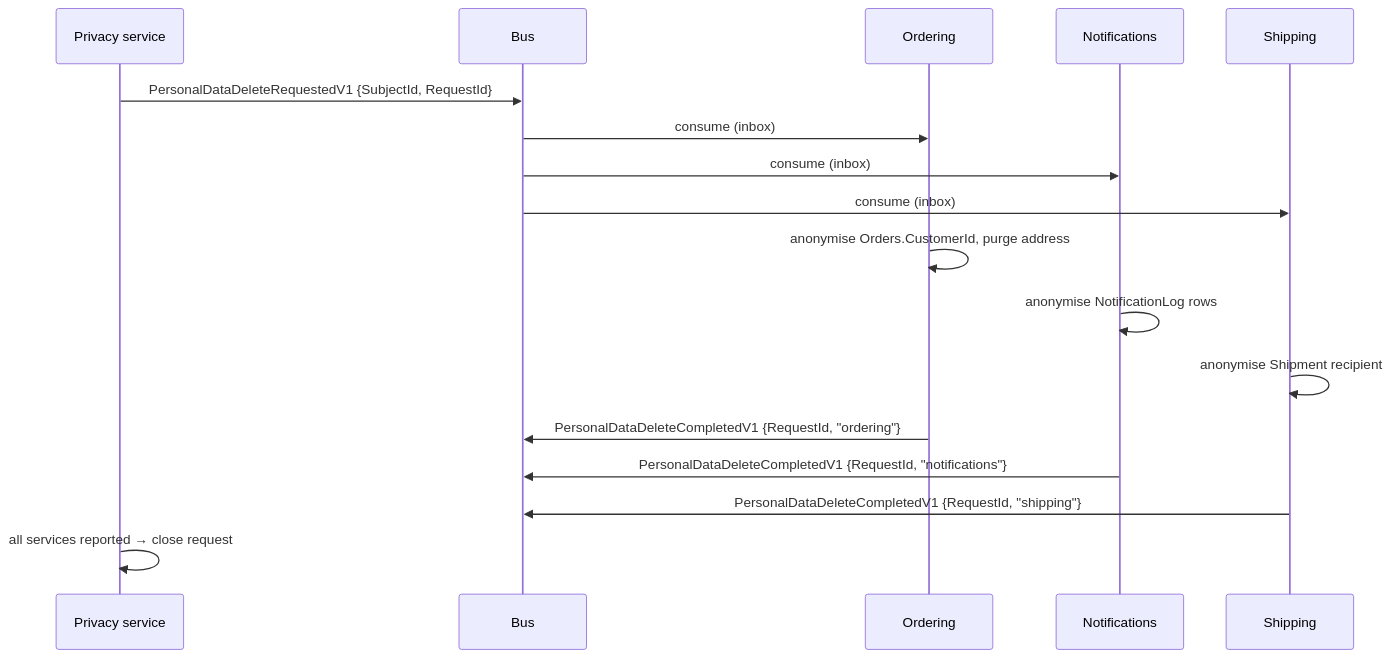
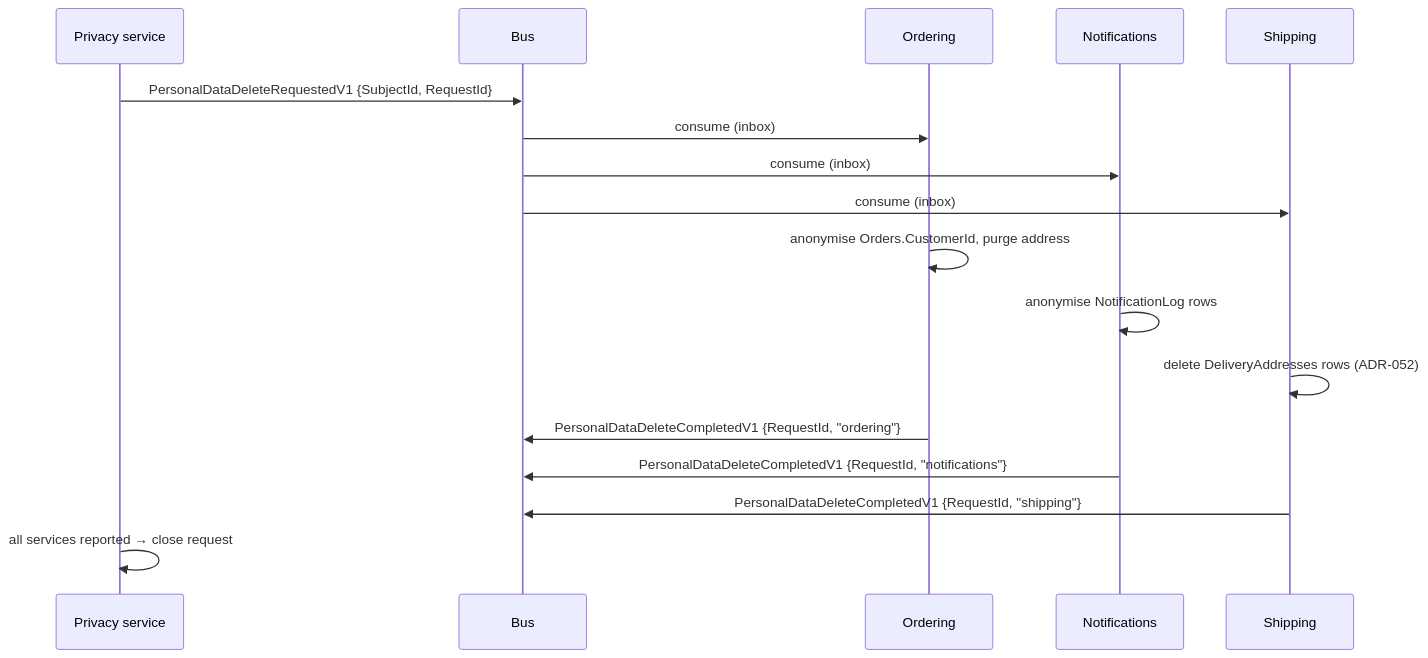
Before and after one commit to alexander-shamray/blueprint-backend: the second of 2 diagrams in docs/backend-architecture/11-identity-authorization.md, drawn with Mermaid. The commit also changed 8 other files, not shown here.

````diff
--- a/docs/backend-architecture/11-identity-authorization.md
+++ b/docs/backend-architecture/11-identity-authorization.md
@@ -1545,20 +1545,20 @@
 ```mermaid
 sequenceDiagram
     participant P as Privacy service
     participant B as Bus
     participant O as Ordering
     participant N as Notifications
     participant S as Shipping
 
     P->>B: PersonalDataDeleteRequestedV1 {SubjectId, RequestId}
     B->>O: consume (inbox)
     B->>N: consume (inbox)
     B->>S: consume (inbox)
     O->>O: anonymise Orders.CustomerId, purge address
     N->>N: anonymise NotificationLog rows
-    S->>S: anonymise Shipment recipient
+    S->>S: delete DeliveryAddresses rows (ADR-052)
     O->>B: PersonalDataDeleteCompletedV1 {RequestId, "ordering"}
     N->>B: PersonalDataDeleteCompletedV1 {RequestId, "notifications"}
     S->>B: PersonalDataDeleteCompletedV1 {RequestId, "shipping"}
     P->>P: all services reported → close request
 ```
````
